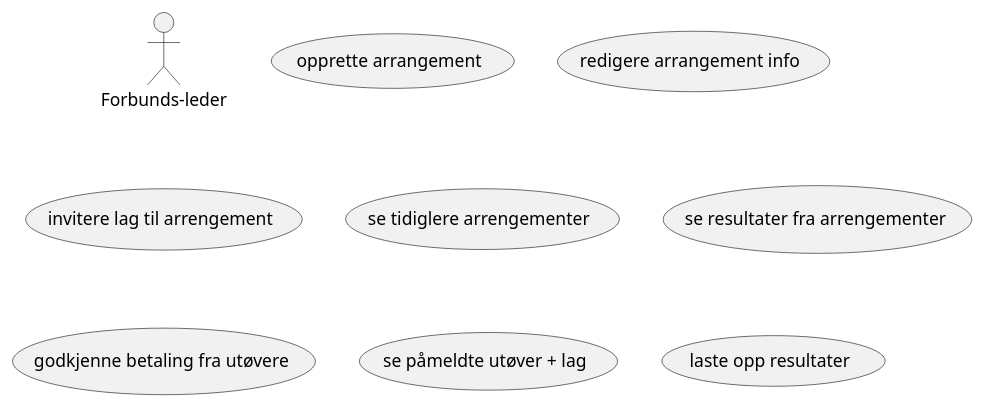
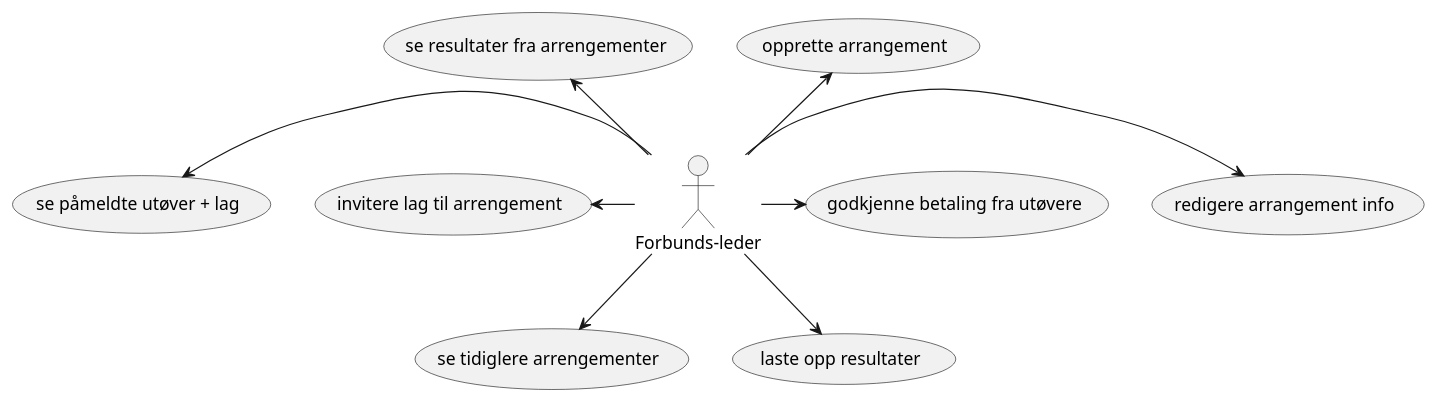
One commit to tobbibias/GruppeOppgaven-H2019-Gruppe-11 changed the diagram in uml/usecase/IdrettsForbund.puml. Above: the diagram before and after it, drawn with PlantUML. The commit also changed 3 other files, not shown here.

```diff
--- a/uml/usecase/IdrettsForbund.puml
+++ b/uml/usecase/IdrettsForbund.puml
@@ -1,21 +1,28 @@
 @startuml
 
 :Forbunds-leder: as leder
 
 (opprette arrangement) as oa
 (redigere arrangement info) as redigere
 (invitere lag til arrengement) as invitere
 (se tidiglere arrengementer) as setidl
 (se resultater fra arrengementer) as seres
 (godkjenne betaling fra utøvere) as godkjennebetaling
 (se påmeldte utøver + lag) as sepå
 (laste opp resultater) as lasteres
 
 
-
+leder -up-> oa
+leder -right-> redigere
+leder -left-> invitere
+leder -down-> setidl
+leder -up-> seres
+leder -right-> godkjennebetaling
+leder -left-> sepå
+leder -down-> lasteres
 
 
 
 
 
 @enduml
```
